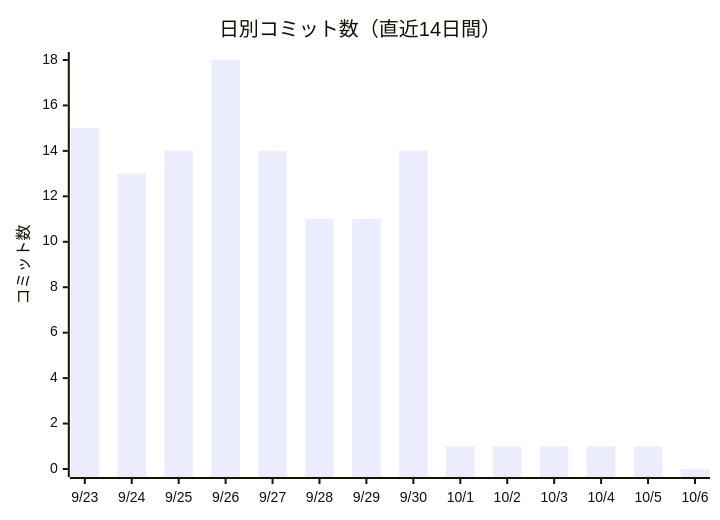
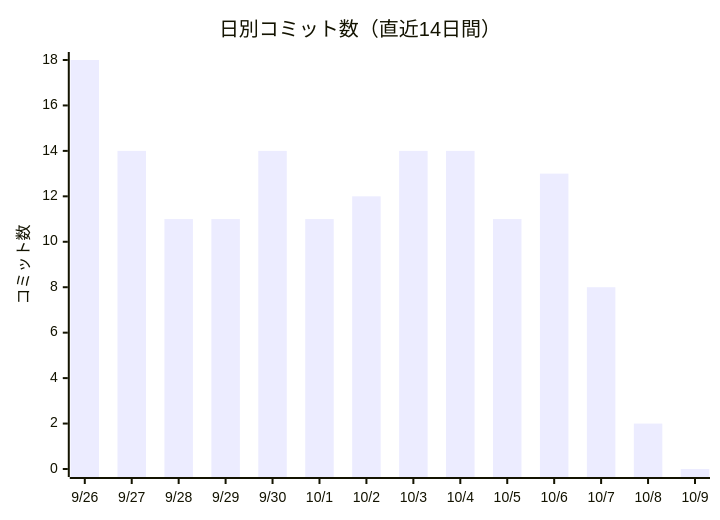
The first of 2 diagrams in docs/進化レポート.md (non-x2/non-x2), drawn with Mermaid before and after one commit. The commit also changed other lines of this file and 5 other files, not shown here.

First line of the commit message:
🌱 毎日の自己改良（3件）地図の見張り番＋世界カメラの地域ボタンに台数＋見やすさ点検が1コマンドで動く (#102)

````diff
--- a/docs/進化レポート.md
+++ b/docs/進化レポート.md
@@ -23,7 +23,7 @@
 ```mermaid
 xychart-beta
     title "日別コミット数（直近14日間）"
-    x-axis ["9/23", "9/24", "9/25", "9/26", "9/27", "9/28", "9/29", "9/30", "10/1", "10/2", "10/3", "10/4", "10/5", "10/6"]
+    x-axis ["9/26", "9/27", "9/28", "9/29", "9/30", "10/1", "10/2", "10/3", "10/4", "10/5", "10/6", "10/7", "10/8", "10/9"]
     y-axis "コミット数"
-    bar [15, 13, 14, 18, 14, 11, 11, 14, 1, 1, 1, 1, 1, 0]
+    bar [18, 14, 11, 11, 14, 11, 12, 14, 14, 11, 13, 8, 2, 0]
 ```
````
